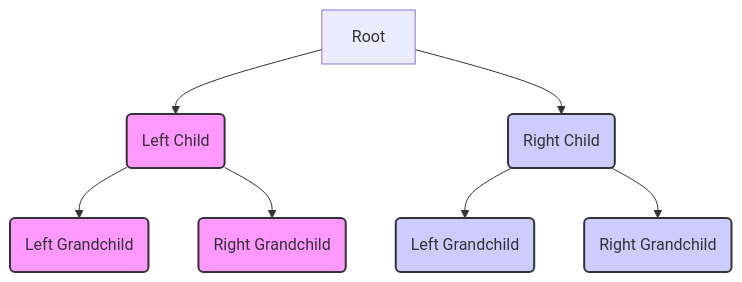
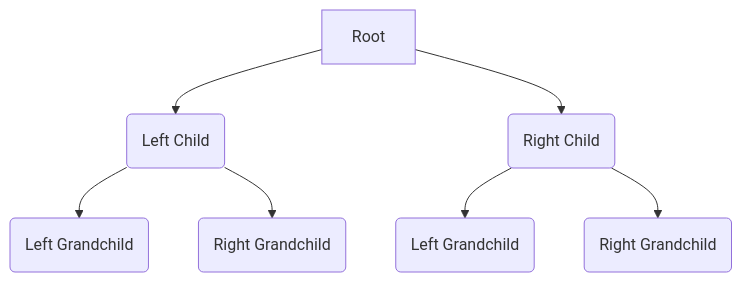
Before and after one commit to AbdullahHatim/Project-Binary-Search-Trees-TOP: the diagram in README.md, drawn with Mermaid.

Commit message:
💎Update README.md

````diff
--- a/README.md
+++ b/README.md
@@ -18,18 +18,12 @@
 ```mermaid
 graph TD
     A[Root]
     B(Left Child)
     C(Right Child)
     A --> B
     A --> C
     B --> D(Left Grandchild)
     B --> E(Right Grandchild)
     C --> F(Left Grandchild)
     C --> G(Right Grandchild)
-    style B fill:#f9f,stroke:#333,stroke-width:2px
-    style C fill:#ccf,stroke:#333,stroke-width:2px
-    style D fill:#f9f,stroke:#333,stroke-width:2px
-    style E fill:#f9f,stroke:#333,stroke-width:2px
-    style F fill:#ccf,stroke:#333,stroke-width:2px
-    style G fill:#ccf,stroke:#333,stroke-width:2px
 ```
````
